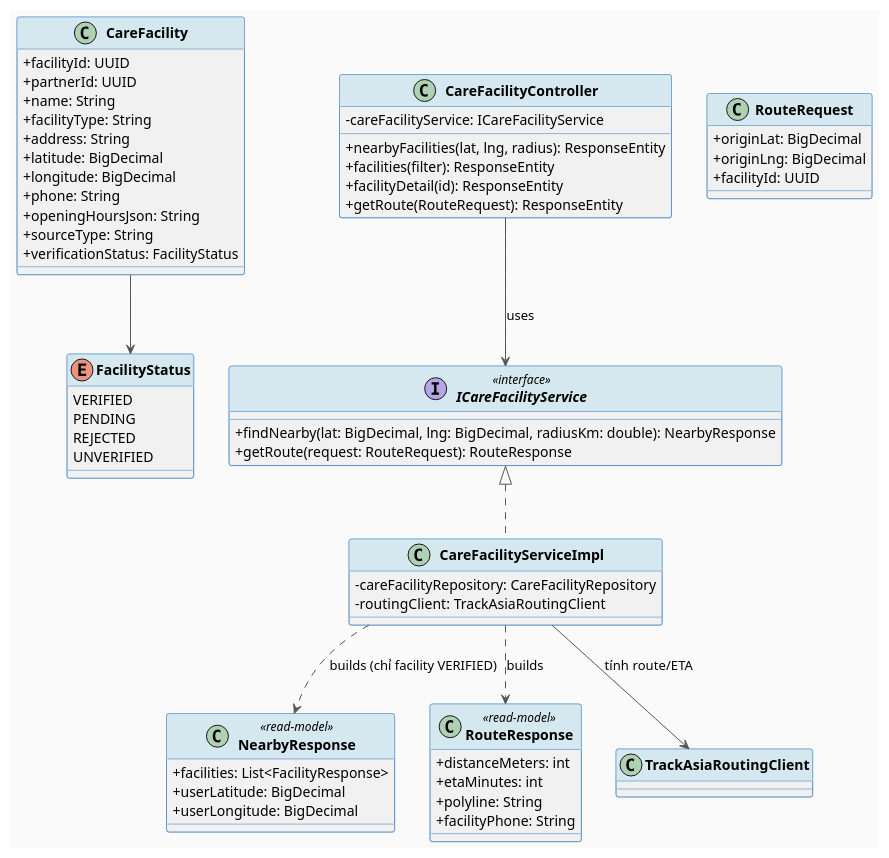
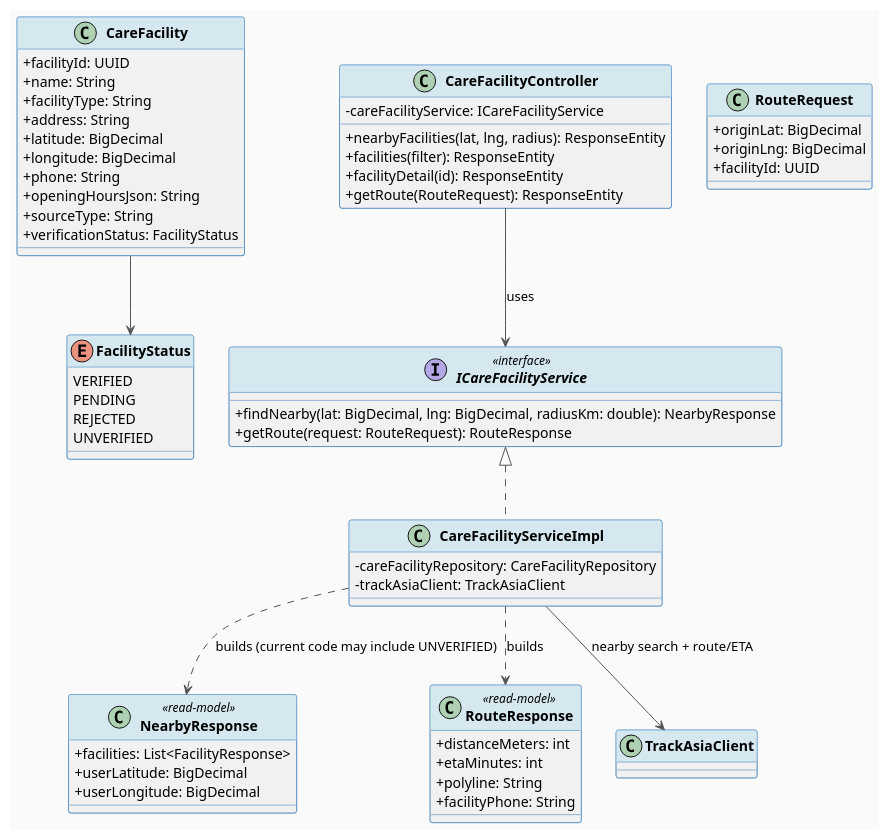
The first of 2 diagrams in docs/Detailed_Design/MF07_Emergency_Map_Nearby_Care_Support/01_Emergency_Map_Facility_Route_Navigation.md (ChuongBDHE172784/CareBridge_SEP490_G79), drawn with PlantUML before and after one commit. The commit also changed other lines of this file and 97 other files, not shown here.

Commit message:
docs: update detailed design documentation with new diagrams and restructured module files.

````diff
--- a/docs/Detailed_Design/MF07_Emergency_Map_Nearby_Care_Support/01_Emergency_Map_Facility_Route_Navigation.md
+++ b/docs/Detailed_Design/MF07_Emergency_Map_Nearby_Care_Support/01_Emergency_Map_Facility_Route_Navigation.md
@@ -24,75 +26,74 @@
 ```plantuml
 @startuml MF07_01_EmergencyMap_ClassDiagram
 skinparam classAttributeIconSize 0
 skinparam classFontStyle bold
 skinparam backgroundColor #FAFAFA
 skinparam ArrowColor #555555
 skinparam ClassBorderColor #2E75B6
 skinparam ClassHeaderBackgroundColor #D5E8F0
 
 class CareFacility {
   + facilityId: UUID
-  + partnerId: UUID
   + name: String
   + facilityType: String
   + address: String
   + latitude: BigDecimal
   + longitude: BigDecimal
   + phone: String
   + openingHoursJson: String
   + sourceType: String
   + verificationStatus: FacilityStatus
 }
 
 enum FacilityStatus {
   VERIFIED
   PENDING
   REJECTED
   UNVERIFIED
 }
 
 class NearbyResponse <<read-model>> {
   + facilities: List<FacilityResponse>
   + userLatitude: BigDecimal
   + userLongitude: BigDecimal
 }
 
 class RouteRequest {
   + originLat: BigDecimal
   + originLng: BigDecimal
   + facilityId: UUID
 }
 
 class RouteResponse <<read-model>> {
   + distanceMeters: int
   + etaMinutes: int
   + polyline: String
   + facilityPhone: String
 }
 
 class CareFacilityController {
   - careFacilityService: ICareFacilityService
   + nearbyFacilities(lat, lng, radius): ResponseEntity
   + facilities(filter): ResponseEntity
   + facilityDetail(id): ResponseEntity
   + getRoute(RouteRequest): ResponseEntity
 }
 
 interface ICareFacilityService <<interface>> {
   + findNearby(lat: BigDecimal, lng: BigDecimal, radiusKm: double): NearbyResponse
   + getRoute(request: RouteRequest): RouteResponse
 }
 
 class CareFacilityServiceImpl implements ICareFacilityService {
   - careFacilityRepository: CareFacilityRepository
-  - routingClient: TrackAsiaRoutingClient
+  - trackAsiaClient: TrackAsiaClient
 }
 
 CareFacility --> FacilityStatus
 CareFacilityController --> ICareFacilityService : uses
-CareFacilityServiceImpl ..> NearbyResponse : builds (chỉ facility VERIFIED)
-CareFacilityServiceImpl --> TrackAsiaRoutingClient : tính route/ETA
+CareFacilityServiceImpl ..> NearbyResponse : builds (current code may include UNVERIFIED)
+CareFacilityServiceImpl --> TrackAsiaClient : nearby search + route/ETA
 CareFacilityServiceImpl ..> RouteResponse : builds
 
 @enduml
 ```
````
